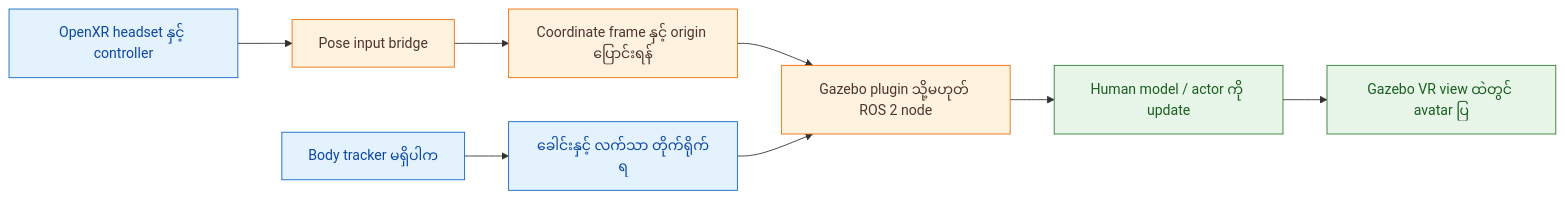
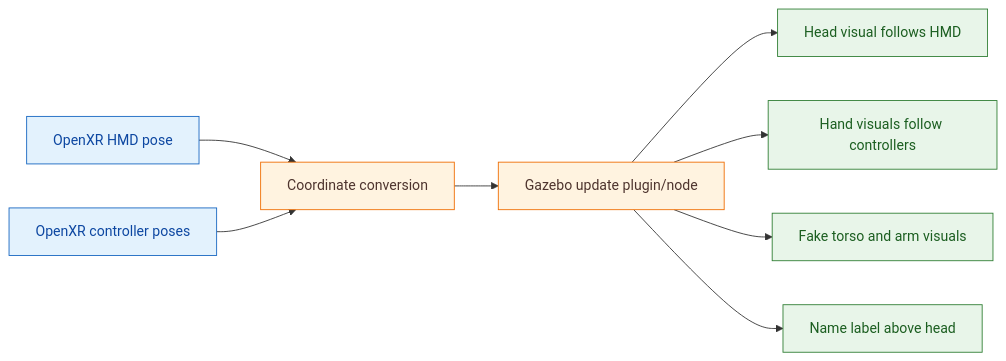
The diagram in 04_human_instance_for_vr_streamer_in_simulator.md (ROM-robotics/ct_meta_vr), drawn with Mermaid before and after one commit. The commit also changed other lines of this file and 1 other file, not shown here.

````diff
--- a/04_human_instance_for_vr_streamer_in_simulator.md
+++ b/04_human_instance_for_vr_streamer_in_simulator.md
@@ -58,16 +41,16 @@
 ```mermaid
 flowchart LR
-    A["OpenXR headset နှင့် controller"] --> B["Pose input bridge"]
-    B --> C["Coordinate frame နှင့် origin ပြောင်းရန်"]
-    C --> D["Gazebo plugin သို့မဟုတ် ROS 2 node"]
-    D --> E["Human model / actor ကို update"]
-    E --> F["Gazebo VR view ထဲတွင် avatar ပြ"]
-    G["Body tracker မရှိပါက"] --> H["ခေါင်းနှင့် လက်သာ တိုက်ရိုက်ရ"]
-    H --> D
+    A["OpenXR HMD pose"] --> B["Coordinate conversion"]
+    C["OpenXR controller poses"] --> B
+    B --> D["Gazebo update plugin/node"]
+    D --> E["Head visual follows HMD"]
+    D --> F["Hand visuals follow controllers"]
+    D --> G["Fake torso and arm visuals"]
+    D --> H["Name label above head"]
     classDef input fill:#e3f2fd,stroke:#1565c0,color:#0d47a1
     classDef processing fill:#fff3e0,stroke:#ef6c00,color:#4e342e
-    classDef output fill:#e8f5e9,stroke:#2e7d32,color:#1b5e20
-    class A,G,H input
-    class B,C,D processing
-    class E,F output
+    classDef avatar fill:#e8f5e9,stroke:#2e7d32,color:#1b5e20
+    class A,C input
+    class B,D processing
+    class E,F,G,H avatar
 ```
````
